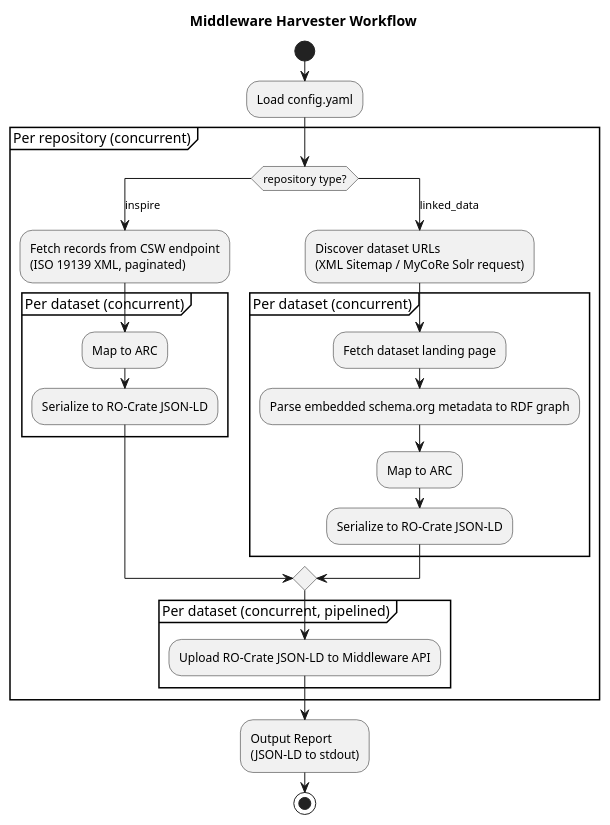
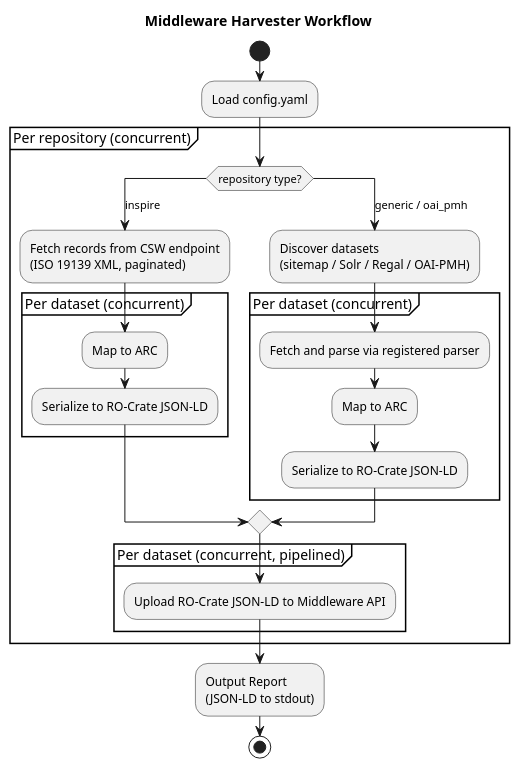
The diagram in docs/harvester_workflow.puml (fairagro/m4.2_middleware_harvester), drawn with PlantUML before and after one commit. The commit also changed 7 other files, not shown here.

Commit message:
refactor: update harvester configurations to remove linked_data references and streamline package lists

```diff
--- a/docs/harvester_workflow.puml
+++ b/docs/harvester_workflow.puml
@@ -1,34 +1,34 @@
 @startuml Harvester_Workflow
 title Middleware Harvester Workflow
 
 start
 :Load config.yaml;
 
 partition "Per repository (concurrent)" {
   switch (repository type?)
   case (inspire)
     :Fetch records from CSW endpoint\n(ISO 19139 XML, paginated);
     partition "Per dataset (concurrent)" {
       :Map to ARC;
       :Serialize to RO-Crate JSON-LD;
     }
-  case (linked_data)
-    :Discover dataset URLs\n(XML Sitemap / MyCoRe Solr request);
+  case (generic / oai_pmh)
+    :Discover datasets\n(sitemap / Solr / Regal / OAI-PMH);
     partition "Per dataset (concurrent)" {
-      :Fetch dataset landing page;
-      :Parse embedded schema.org metadata to RDF graph;
+      :Fetch and parse via registered parser;
       :Map to ARC;
       :Serialize to RO-Crate JSON-LD;
     }
   endswitch
+
 
   partition "Per dataset (concurrent, pipelined)" {
     :Upload RO-Crate JSON-LD to Middleware API;
   }
 }
 
 :Output Report\n(JSON-LD to stdout);
 
 stop
 
 @enduml
```
